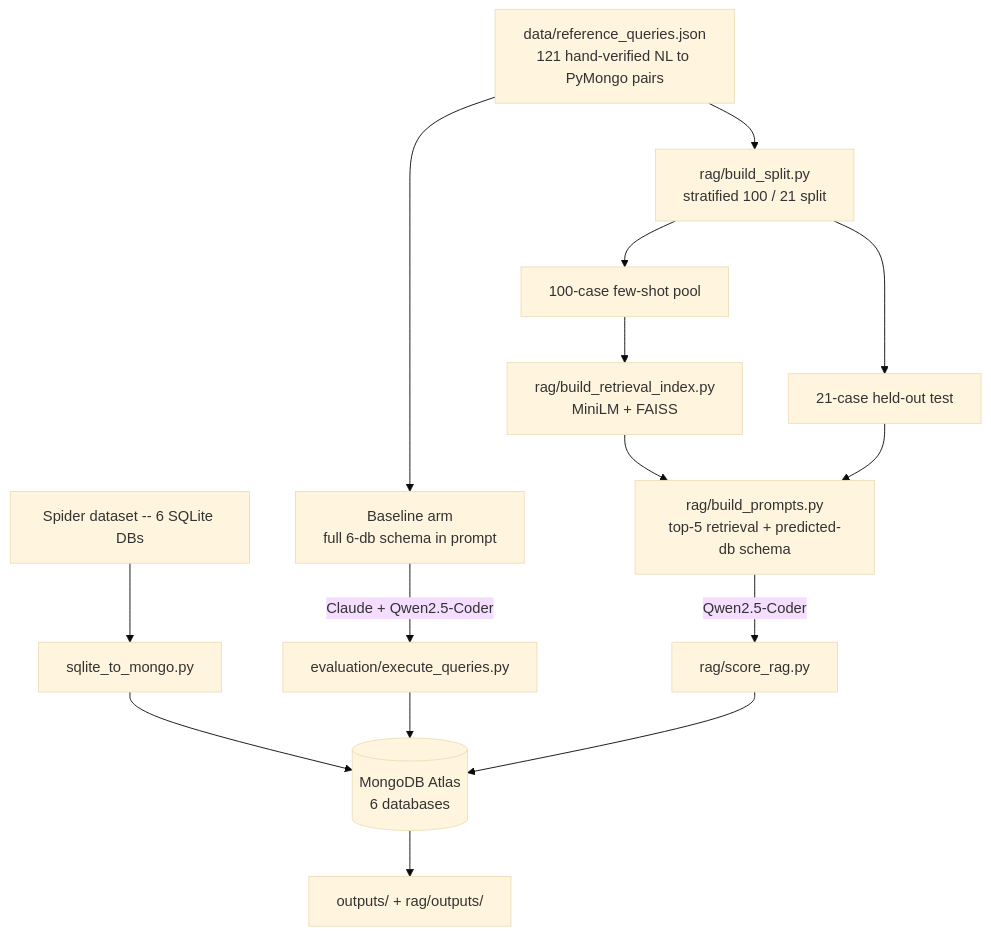
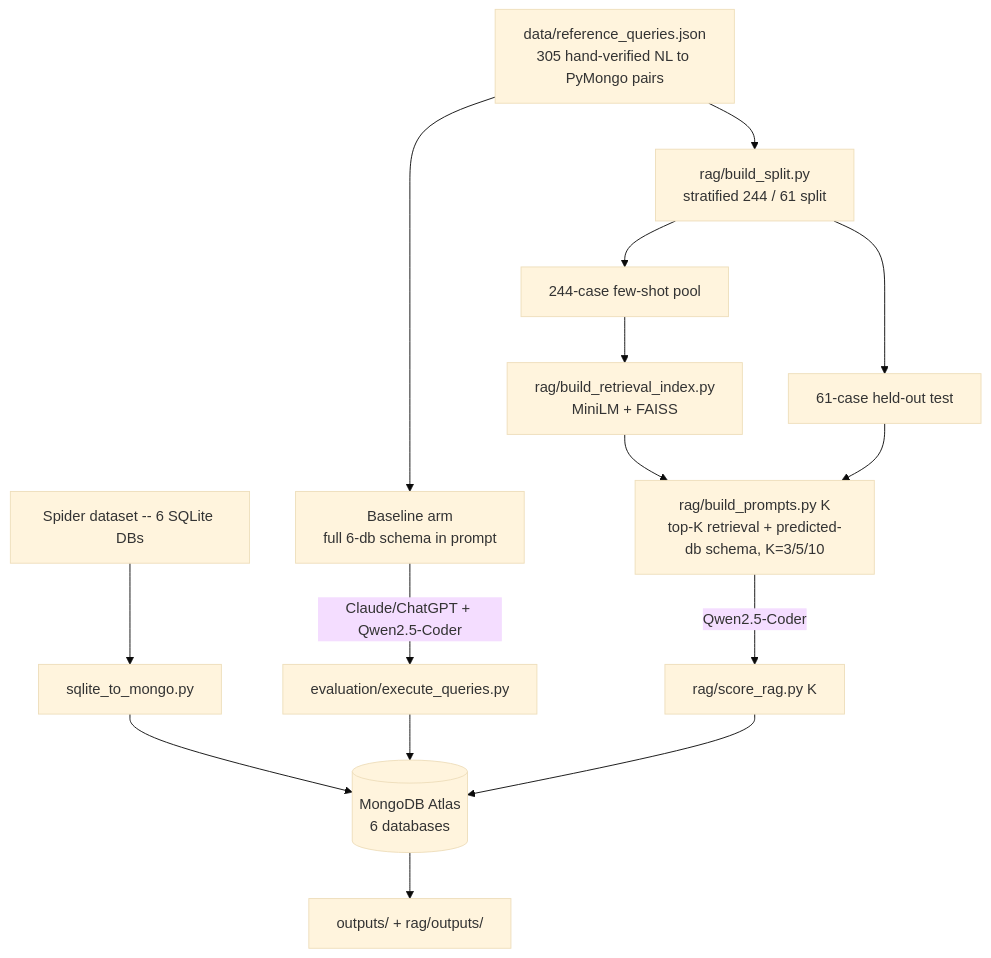
Before and after one commit to tarun1125/CSAIML-Capstone-Project-20: the diagram in README.md, drawn with Mermaid (base theme). The commit also changed other lines of this file, not shown here.

Commit message:
Update README to reflect dataset expansion and evaluation metrics for K-sweep

````diff
--- a/README.md
+++ b/README.md
@@ -12,20 +12,20 @@
 ```mermaid
 graph TD
     Spider[Spider dataset -- 6 SQLite DBs] --> Convert[sqlite_to_mongo.py]
     Convert --> Atlas[(MongoDB Atlas\n6 databases)]
 
-    Ref[data/reference_queries.json\n121 hand-verified NL to PyMongo pairs] --> Baseline
-    Ref --> Split[rag/build_split.py\nstratified 100 / 21 split]
+    Ref[data/reference_queries.json\n305 hand-verified NL to PyMongo pairs] --> Baseline
+    Ref --> Split[rag/build_split.py\nstratified 244 / 61 split]
 
-    Baseline[Baseline arm\nfull 6-db schema in prompt] -->|Claude + Qwen2.5-Coder| Score1[evaluation/execute_queries.py]
+    Baseline[Baseline arm\nfull 6-db schema in prompt] -->|Claude/ChatGPT + Qwen2.5-Coder| Score1[evaluation/execute_queries.py]
 
-    Split --> Pool[100-case few-shot pool] --> Index[rag/build_retrieval_index.py\nMiniLM + FAISS]
-    Split --> Test[21-case held-out test]
-    Index --> Prompts[rag/build_prompts.py\ntop-5 retrieval + predicted-db schema]
+    Split --> Pool[244-case few-shot pool] --> Index[rag/build_retrieval_index.py\nMiniLM + FAISS]
+    Split --> Test[61-case held-out test]
+    Index --> Prompts[rag/build_prompts.py K\ntop-K retrieval + predicted-db schema, K=3/5/10]
     Test --> Prompts
-    Prompts -->|Qwen2.5-Coder| Score2[rag/score_rag.py]
+    Prompts -->|Qwen2.5-Coder| Score2[rag/score_rag.py K]
 
     Score1 --> Atlas
     Score2 --> Atlas
     Atlas --> Results[outputs/ + rag/outputs/]
 ```
````
